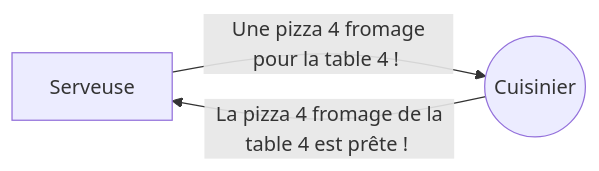
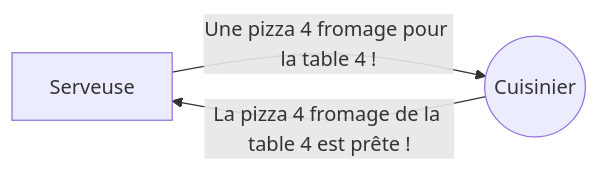
The second of 4 diagrams in README.md (ZamBoyle/Eqla_HTML), drawn with Mermaid before and after one commit. The commit also changed other lines of this file, not shown here.

````diff
--- a/README.md
+++ b/README.md
@@ -42,5 +42,5 @@
 ```mermaid
 graph LR
-A[Serveuse] -- &nbsp;Une pizza 4 fromage pour la table 4 !&nbsp; --> B((Cuisinier))
-B -- &nbsp;La pizza 4 fromage de la table 4 est prête !&nbsp;  --> A
+A[Serveuse] -- Une pizza 4 fromage pour la table 4 ! --> B((Cuisinier))
+B -- La pizza 4 fromage de la table 4 est prête !  --> A
 ```
````
